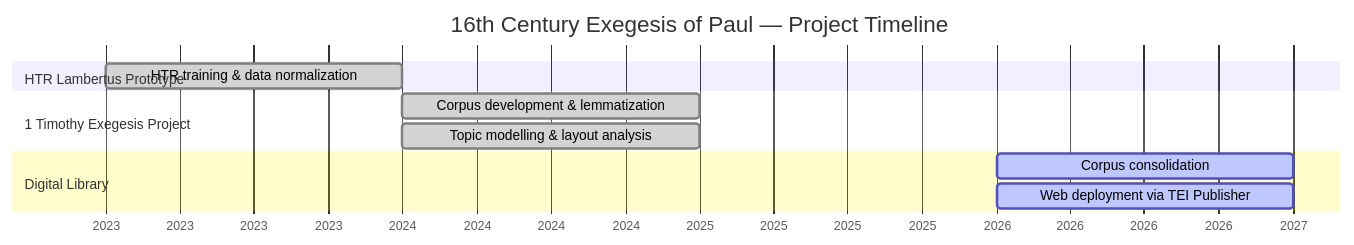
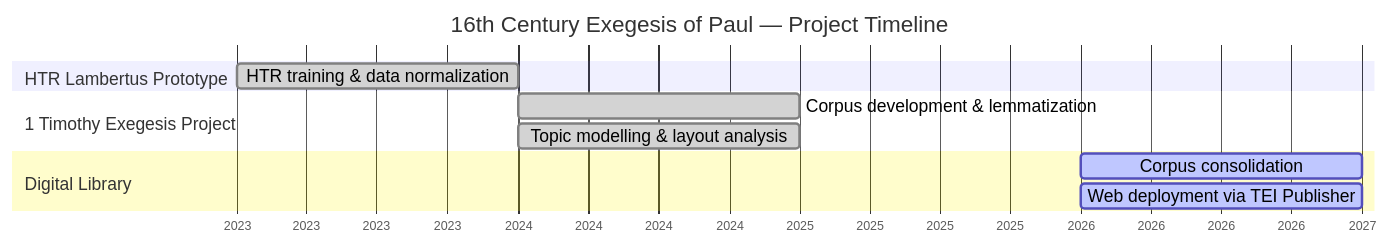
The second of 2 diagrams in profile/README.md (RRP-Reading-the-Sources-DH/.github), drawn with Mermaid before and after one commit. The commit also changed other lines of this file, not shown here.

````diff
--- a/profile/README.md
+++ b/profile/README.md
@@ -167,17 +167,18 @@
 ```mermaid
+%%{init: {'gantt': {'leftPadding': 180, 'rightPadding': 20, 'fontSize': 14, 'sectionFontSize': 14}}}%%
 gantt
     title 16th Century Exegesis of Paul — Project Timeline
     dateFormat  YYYY
     axisFormat  %Y
 
     section HTR Lambertus Prototype
     HTR training & data normalization       :done, a1, 2023, 2024
 
     section 1 Timothy Exegesis Project
     Corpus development & lemmatization      :done, a2, 2024, 2025
     Topic modelling & layout analysis       :done, a3, 2024, 2025
 
     section Digital Library
     Corpus consolidation                    :active, a4, 2026, 2027
     Web deployment via TEI Publisher        :active, a5, 2026, 2027
 ```
````
